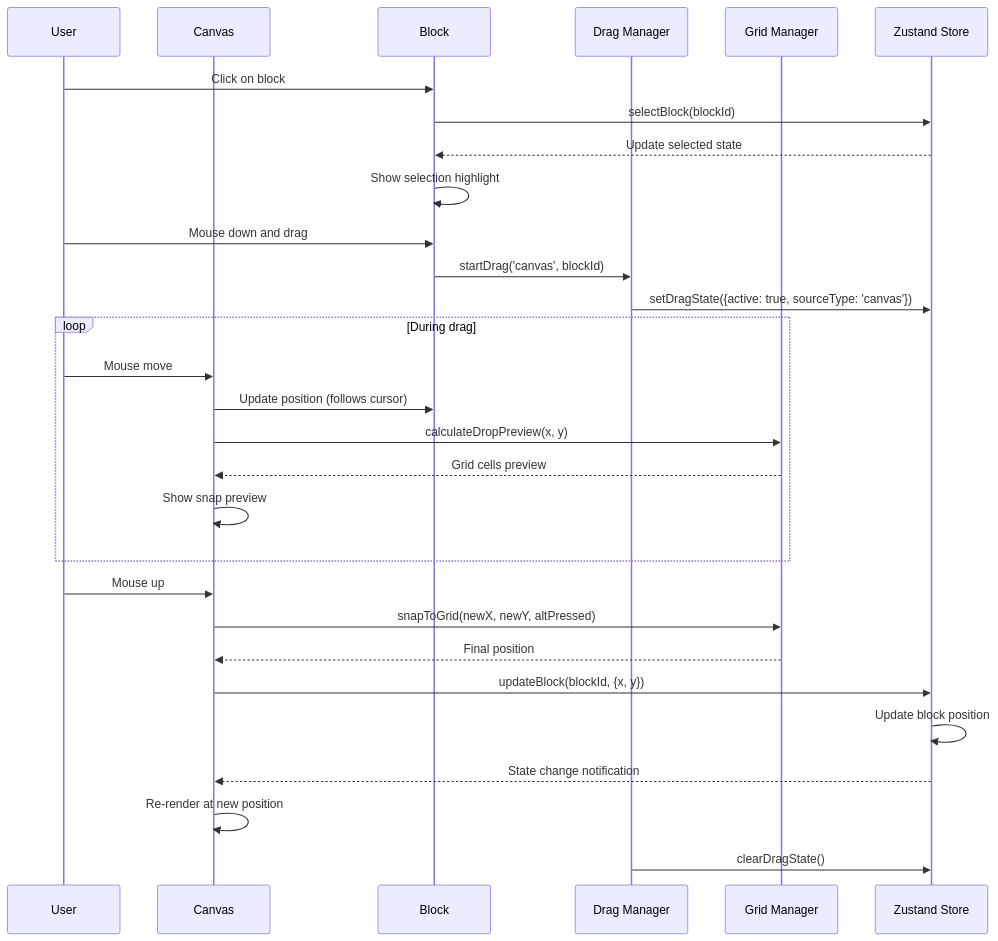
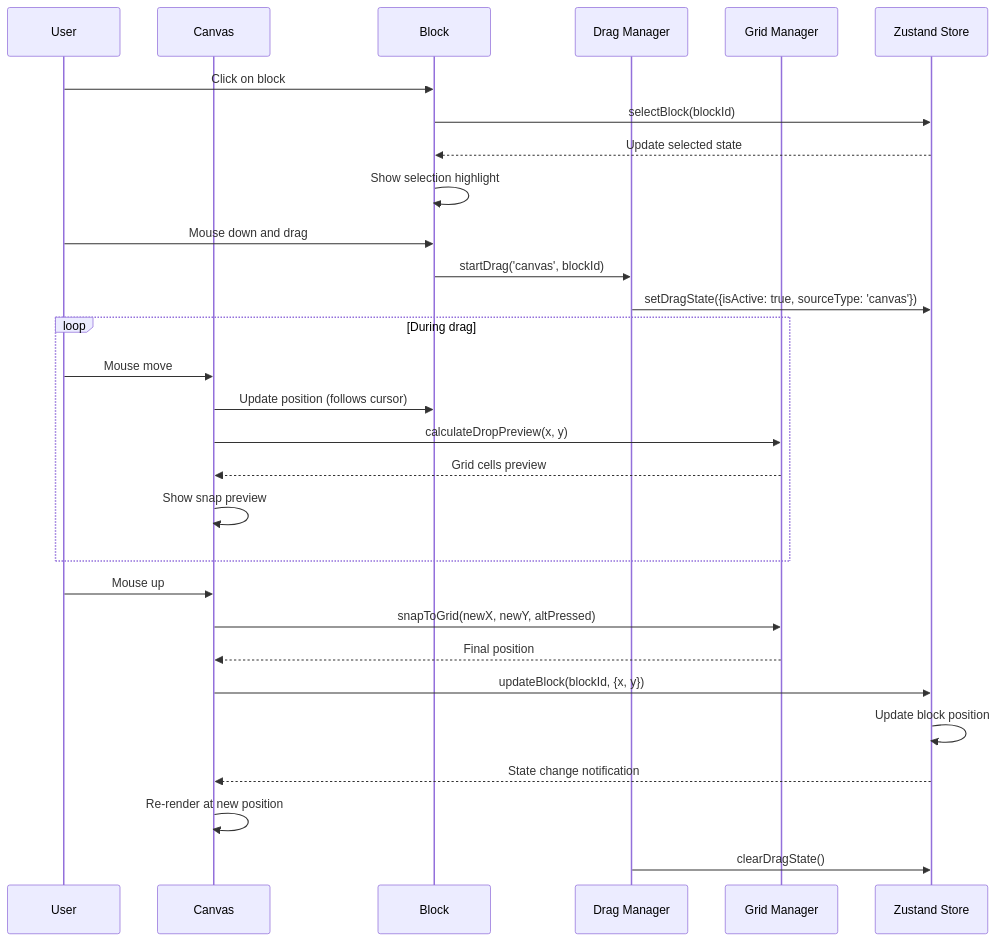
Before and after one commit to litkeys/DraftCN: the fourth of 8 diagrams in docs/architecture.md, drawn with Mermaid. The commit also changed other lines of this file and 10 other files, not shown here.

First line of the commit message:
Architectural realignment

````diff
--- a/docs/architecture.md
+++ b/docs/architecture.md
@@ -653,35 +666,35 @@
 ```mermaid
 sequenceDiagram
     participant User
     participant Canvas
     participant Block
     participant DragMgr as Drag Manager
     participant GridMgr as Grid Manager
     participant Store as Zustand Store
 
     User->>Block: Click on block
     Block->>Store: selectBlock(blockId)
     Store-->>Block: Update selected state
     Block->>Block: Show selection highlight
     
     User->>Block: Mouse down and drag
     Block->>DragMgr: startDrag('canvas', blockId)
-    DragMgr->>Store: setDragState({active: true, sourceType: 'canvas'})
+    DragMgr->>Store: setDragState({isActive: true, sourceType: 'canvas'})
     
     loop During drag
         User->>Canvas: Mouse move
         Canvas->>Block: Update position (follows cursor)
         Canvas->>GridMgr: calculateDropPreview(x, y)
         GridMgr-->>Canvas: Grid cells preview
         Canvas->>Canvas: Show snap preview
     end
     
     User->>Canvas: Mouse up
     Canvas->>GridMgr: snapToGrid(newX, newY, altPressed)
     GridMgr-->>Canvas: Final position
     Canvas->>Store: updateBlock(blockId, {x, y})
     Store->>Store: Update block position
     Store-->>Canvas: State change notification
     Canvas->>Canvas: Re-render at new position
     DragMgr->>Store: clearDragState()
 ```
````
